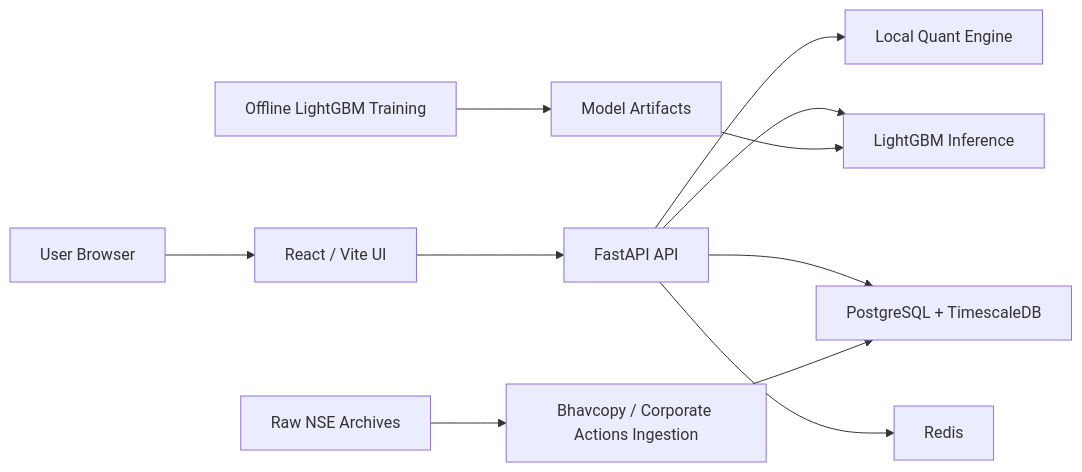
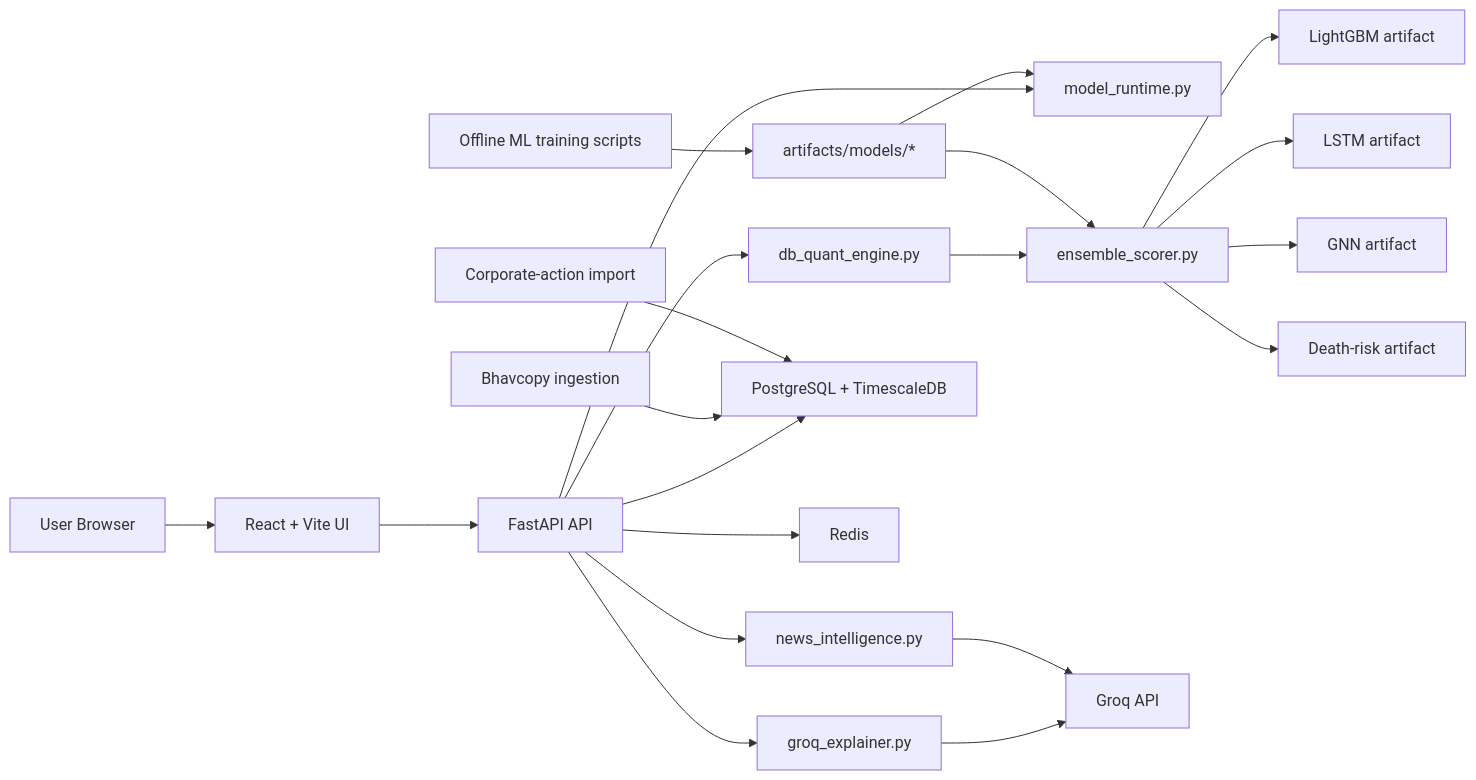
The diagram in docs/architecture.md (shahpruthaa/capstone), drawn with Mermaid before and after one commit. The commit also changed other lines of this file and 21 other files, not shown here.

First line of the commit message:
feat: Enhance model runtime and status reporting

````diff
--- a/docs/architecture.md
+++ b/docs/architecture.md
@@ -17,15 +16,26 @@
 ```mermaid
 flowchart LR
-    U["User Browser"] --> WEB["React / Vite UI"]
+    U["User Browser"] --> WEB["React + Vite UI"]
     WEB --> API["FastAPI API"]
 
-    API --> QE["Local Quant Engine"]
-    API --> ML["LightGBM Inference"]
+    API --> RUNTIME["db_quant_engine.py"]
+    API --> STATUS["model_runtime.py"]
+    API --> EXPLAIN["groq_explainer.py"]
+    API --> NEWS["news_intelligence.py"]
     API --> PG["PostgreSQL + TimescaleDB"]
     API --> REDIS["Redis"]
 
-    ING["Bhavcopy / Corporate Actions Ingestion"] --> PG
-    RAW["Raw NSE Archives"] --> ING
-    MLTRAIN["Offline LightGBM Training"] --> ART["Model Artifacts"]
-    ART --> ML
+    RUNTIME --> ENS["ensemble_scorer.py"]
+    ENS --> LGB["LightGBM artifact"]
+    ENS --> LSTM["LSTM artifact"]
+    ENS --> GNN["GNN artifact"]
+    ENS --> DR["Death-risk artifact"]
+
+    ING["Bhavcopy ingestion"] --> PG
+    CA["Corporate-action import"] --> PG
+    TRAIN["Offline ML training scripts"] --> ART["artifacts/models/*"]
+    ART --> STATUS
+    ART --> ENS
+    EXPLAIN --> GROQ["Groq API"]
+    NEWS --> GROQ
 ```
````
